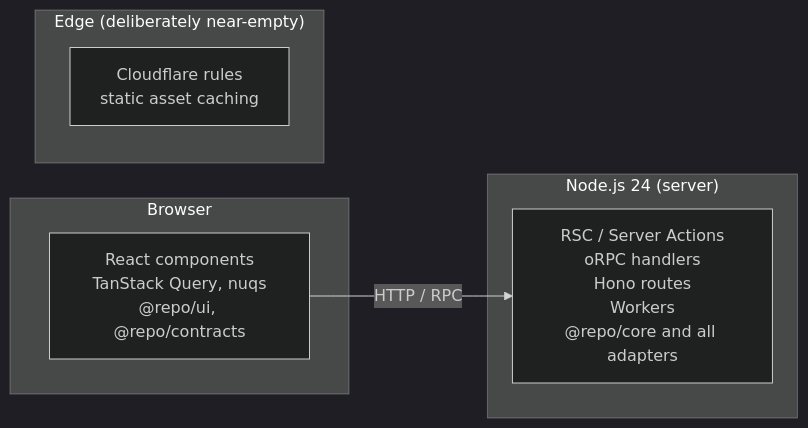
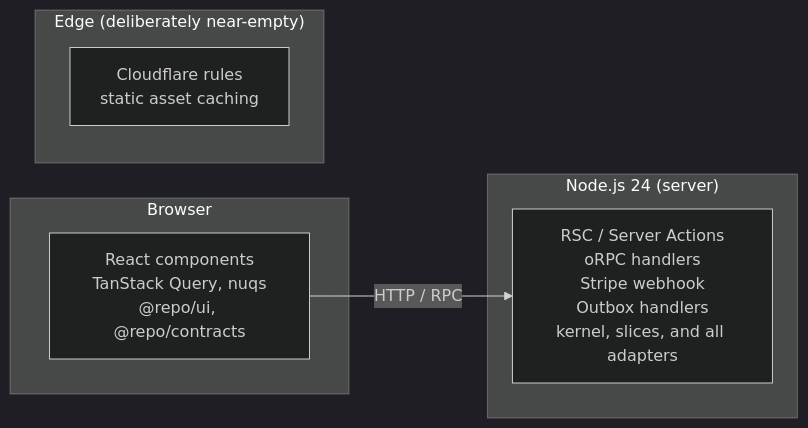
Before and after one commit to jleveneur/nextjs-boilerplate: the diagram in docs/architecture/01-principles-and-constraints.md, drawn with Mermaid (dark theme). The commit also changed other lines of this file and 349 other files, not shown here.

First line of the commit message:
refactor!: simplify to one app, split core into kernel + slice packages (#122)

````diff
--- a/docs/architecture/01-principles-and-constraints.md
+++ b/docs/architecture/01-principles-and-constraints.md
@@ -128,14 +128,14 @@
 ```mermaid
 flowchart LR
     subgraph browser["Browser"]
         B1["React components<br/>TanStack Query, nuqs<br/>@repo/ui, @repo/contracts"]
     end
     subgraph node["Node.js 24 (server)"]
-        N1["RSC / Server Actions<br/>oRPC handlers<br/>Hono routes<br/>Workers<br/>@repo/core and all adapters"]
+        N1["RSC / Server Actions<br/>oRPC handlers<br/>Stripe webhook<br/>Outbox handlers<br/>kernel, slices, and all adapters"]
     end
     subgraph edge["Edge (deliberately near-empty)"]
         E1["Cloudflare rules<br/>static asset caching"]
     end
 
     B1 -->|"HTTP / RPC"| N1
 ```
````
